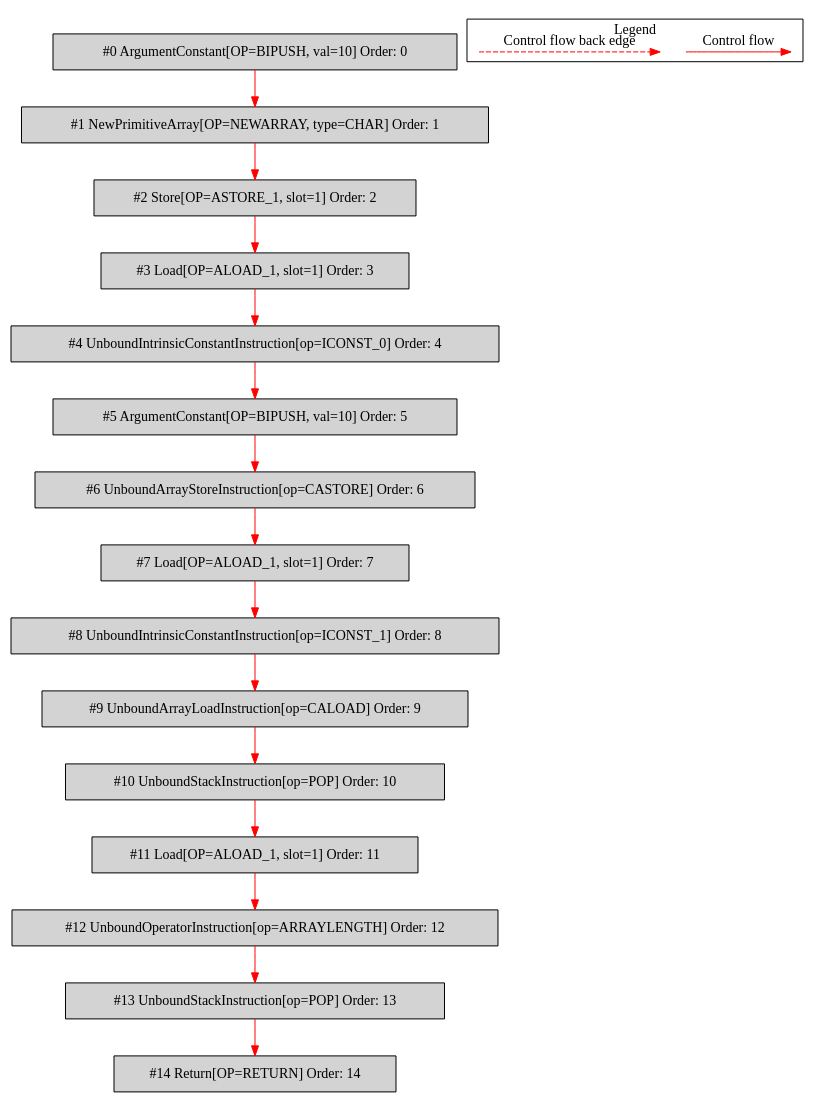
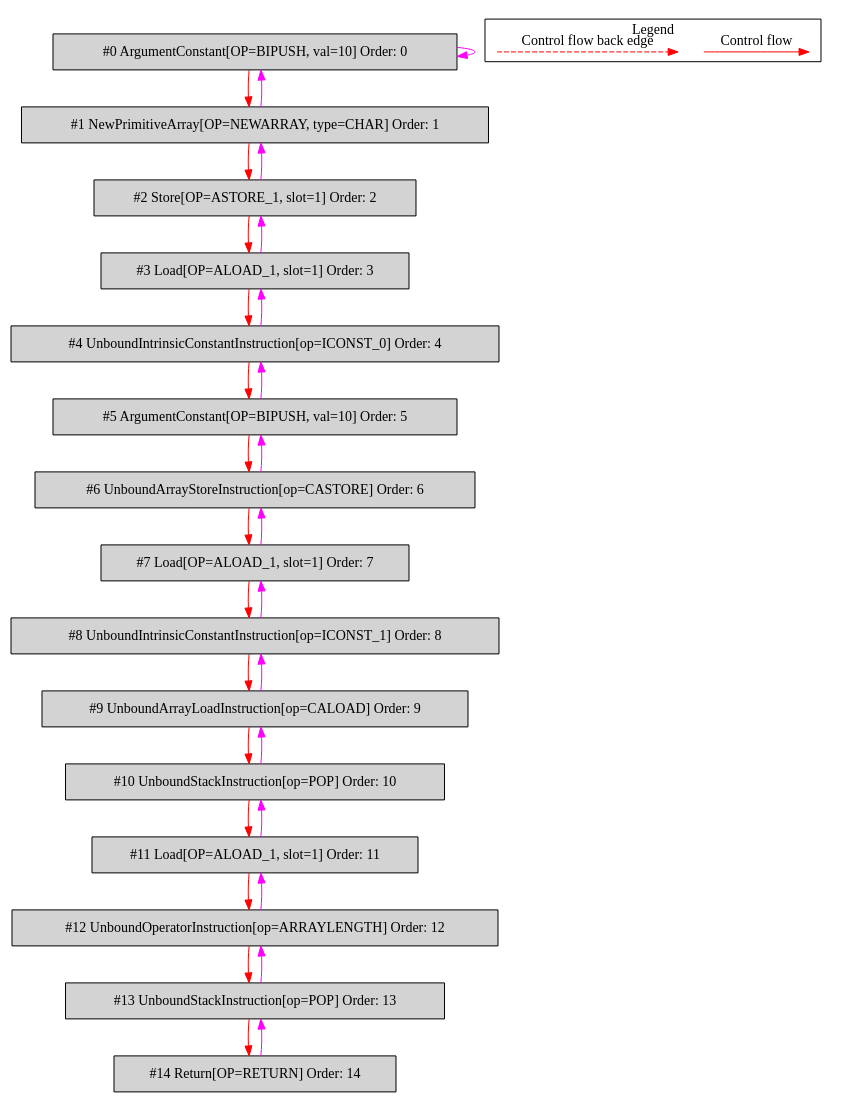
One commit to mirkosertic/MetaIR changed the diagram in de.mirkosertic.metair.ir.OpcodeNEWARRAYTest/test_NEWARRAY_char/bytecodecfg.dot. Above: the diagram before and after it, drawn with Graphviz. The commit also changed 1685 other files, not shown here.

```diff
--- a/de.mirkosertic.metair.ir.OpcodeNEWARRAYTest/test_NEWARRAY_char/bytecodecfg.dot
+++ b/de.mirkosertic.metair.ir.OpcodeNEWARRAYTest/test_NEWARRAY_char/bytecodecfg.dot
@@ -1,46 +1,61 @@
 digraph {
  ordering="in";
  node0[label="#0 ArgumentConstant[OP=BIPUSH, val=10] Order: 0", shape=box, fillcolor=lightgrey, style=filled];
  node1[label="#1 NewPrimitiveArray[OP=NEWARRAY, type=CHAR] Order: 1", shape=box, fillcolor=lightgrey, style=filled];
  node2[label="#2 Store[OP=ASTORE_1, slot=1] Order: 2", shape=box, fillcolor=lightgrey, style=filled];
  node3[label="#3 Load[OP=ALOAD_1, slot=1] Order: 3", shape=box, fillcolor=lightgrey, style=filled];
  node4[label="#4 UnboundIntrinsicConstantInstruction[op=ICONST_0] Order: 4", shape=box, fillcolor=lightgrey, style=filled];
  node5[label="#5 ArgumentConstant[OP=BIPUSH, val=10] Order: 5", shape=box, fillcolor=lightgrey, style=filled];
  node6[label="#6 UnboundArrayStoreInstruction[op=CASTORE] Order: 6", shape=box, fillcolor=lightgrey, style=filled];
  node7[label="#7 Load[OP=ALOAD_1, slot=1] Order: 7", shape=box, fillcolor=lightgrey, style=filled];
  node8[label="#8 UnboundIntrinsicConstantInstruction[op=ICONST_1] Order: 8", shape=box, fillcolor=lightgrey, style=filled];
  node9[label="#9 UnboundArrayLoadInstruction[op=CALOAD] Order: 9", shape=box, fillcolor=lightgrey, style=filled];
  node10[label="#10 UnboundStackInstruction[op=POP] Order: 10", shape=box, fillcolor=lightgrey, style=filled];
  node11[label="#11 Load[OP=ALOAD_1, slot=1] Order: 11", shape=box, fillcolor=lightgrey, style=filled];
  node12[label="#12 UnboundOperatorInstruction[op=ARRAYLENGTH] Order: 12", shape=box, fillcolor=lightgrey, style=filled];
  node13[label="#13 UnboundStackInstruction[op=POP] Order: 13", shape=box, fillcolor=lightgrey, style=filled];
  node14[label="#14 Return[OP=RETURN] Order: 14", shape=box, fillcolor=lightgrey, style=filled];
+ node0 -> node0[color=fuchsia];
  node0 -> node1[color=red];
+ node1 -> node0[color=fuchsia];
  node1 -> node2[color=red];
+ node2 -> node1[color=fuchsia];
  node2 -> node3[color=red];
+ node3 -> node2[color=fuchsia];
  node3 -> node4[color=red];
+ node4 -> node3[color=fuchsia];
  node4 -> node5[color=red];
+ node5 -> node4[color=fuchsia];
  node5 -> node6[color=red];
+ node6 -> node5[color=fuchsia];
  node6 -> node7[color=red];
+ node7 -> node6[color=fuchsia];
  node7 -> node8[color=red];
+ node8 -> node7[color=fuchsia];
  node8 -> node9[color=red];
+ node9 -> node8[color=fuchsia];
  node9 -> node10[color=red];
+ node10 -> node9[color=fuchsia];
  node10 -> node11[color=red];
+ node11 -> node10[color=fuchsia];
  node11 -> node12[color=red];
+ node12 -> node11[color=fuchsia];
  node12 -> node13[color=red];
+ node13 -> node12[color=fuchsia];
  node13 -> node14[color=red];
+ node14 -> node13[color=fuchsia];
  subgraph cluster_000 {
   label = "Legend";
   node [shape=point]
   {
    rank=same;
    c0 [style = invis];
    c1 [style = invis];
    c2 [style = invis];
    c3 [style = invis];
   }
   c0 -> c1 [label="Control flow", style=solid, color=red]
   c2 -> c3 [label="Control flow back edge", style=dashed, color=red]
  }
 
 }
```
